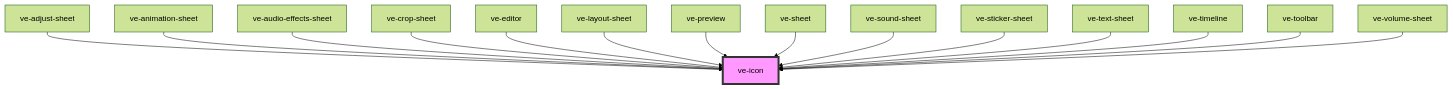
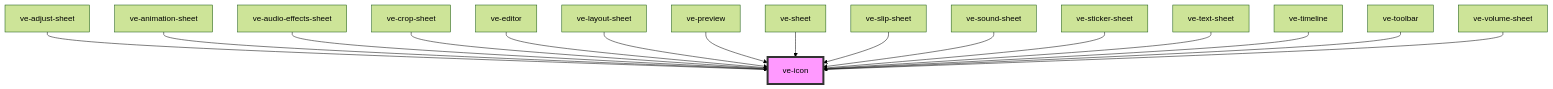
One commit to dotnetdreamer/capacitor-video-kit changed the diagram in src/components/ve-icon/readme.md. Above: the diagram before and after it, drawn with Mermaid (forest theme). The commit also changed other lines of this file and 23 other files, not shown here.

````diff
--- a/src/components/ve-icon/readme.md
+++ b/src/components/ve-icon/readme.md
@@ -50,18 +51,19 @@
 ```mermaid
 graph TD;
   ve-adjust-sheet --> ve-icon
   ve-animation-sheet --> ve-icon
   ve-audio-effects-sheet --> ve-icon
   ve-crop-sheet --> ve-icon
   ve-editor --> ve-icon
   ve-layout-sheet --> ve-icon
   ve-preview --> ve-icon
   ve-sheet --> ve-icon
+  ve-slip-sheet --> ve-icon
   ve-sound-sheet --> ve-icon
   ve-sticker-sheet --> ve-icon
   ve-text-sheet --> ve-icon
   ve-timeline --> ve-icon
   ve-toolbar --> ve-icon
   ve-volume-sheet --> ve-icon
   style ve-icon fill:#f9f,stroke:#333,stroke-width:4px
 ```
````
